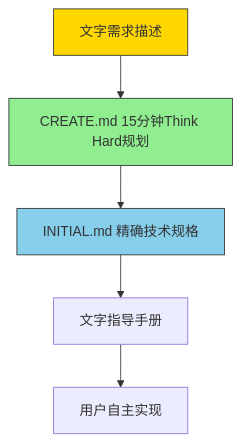
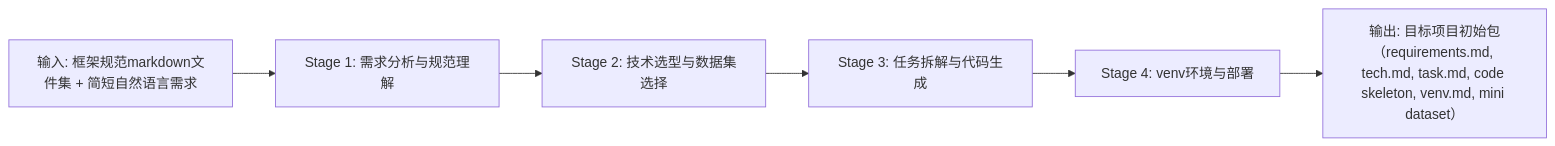
The first of 11 diagrams in README.md (ouyangshixiong/context-engineering-zh), drawn with Mermaid before and after one commit. The commit also changed other lines of this file, not shown here.

````diff
--- a/README.md
+++ b/README.md
@@ -410,11 +109,11 @@
 ```mermaid
-graph TD
-    A[文字需求描述] --> B[CREATE.md 15分钟Think Hard规划]
-    B --> C[INITIAL.md 精确技术规格]
-    C --> D[文字指导手册]
-    D --> E[用户自主实现]
-    
-    style A fill:#FFD700,stroke:#333
-    style B fill:#90EE90,stroke:#333
-    style C fill:#87CEEB,stroke:#333
+flowchart LR
+    S1[Stage 1: 需求分析与规范理解]
+    S2[Stage 2: 技术选型与数据集选择]
+    S3[Stage 3: 任务拆解与代码生成]
+    S4[Stage 4: venv环境与部署]
+    IN[输入: 框架规范markdown文件集 + 简短自然语言需求]
+    OUT[输出: 目标项目初始包（requirements.md, tech.md, task.md, code skeleton, venv.md, mini dataset）]
+
+    IN --> S1 --> S2 --> S3 --> S4 --> OUT
 ```
````
